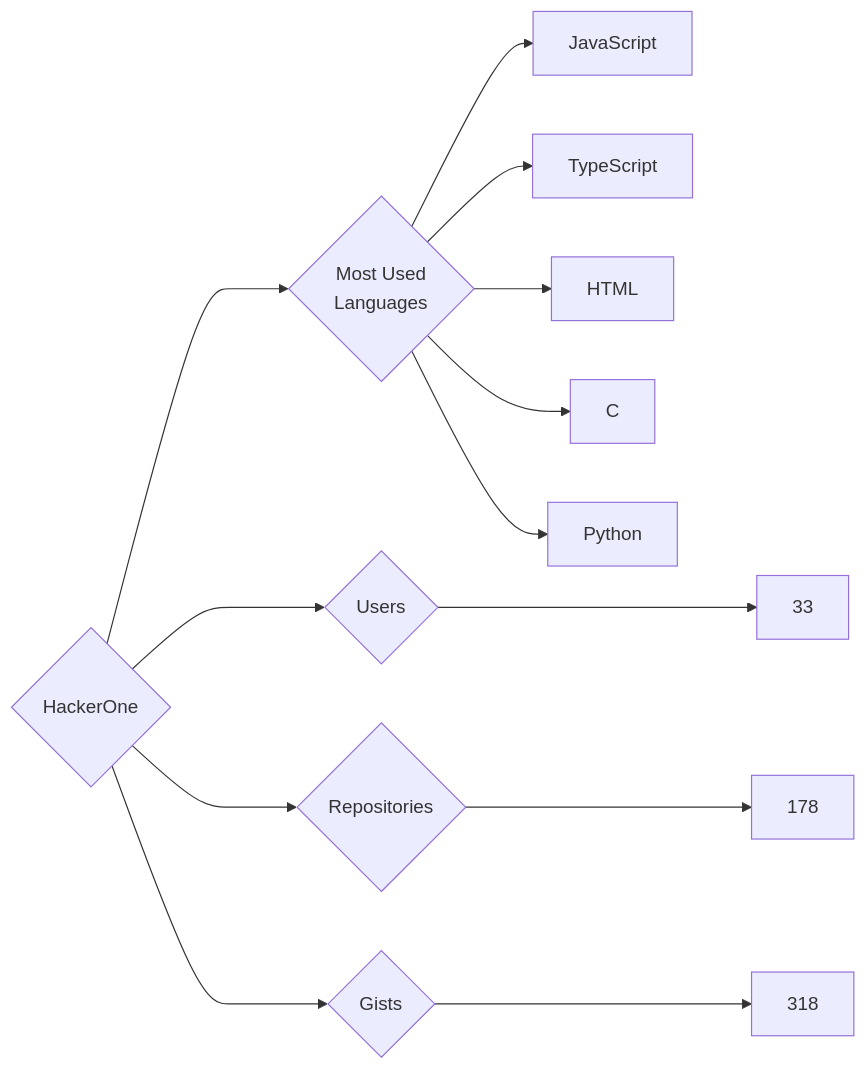
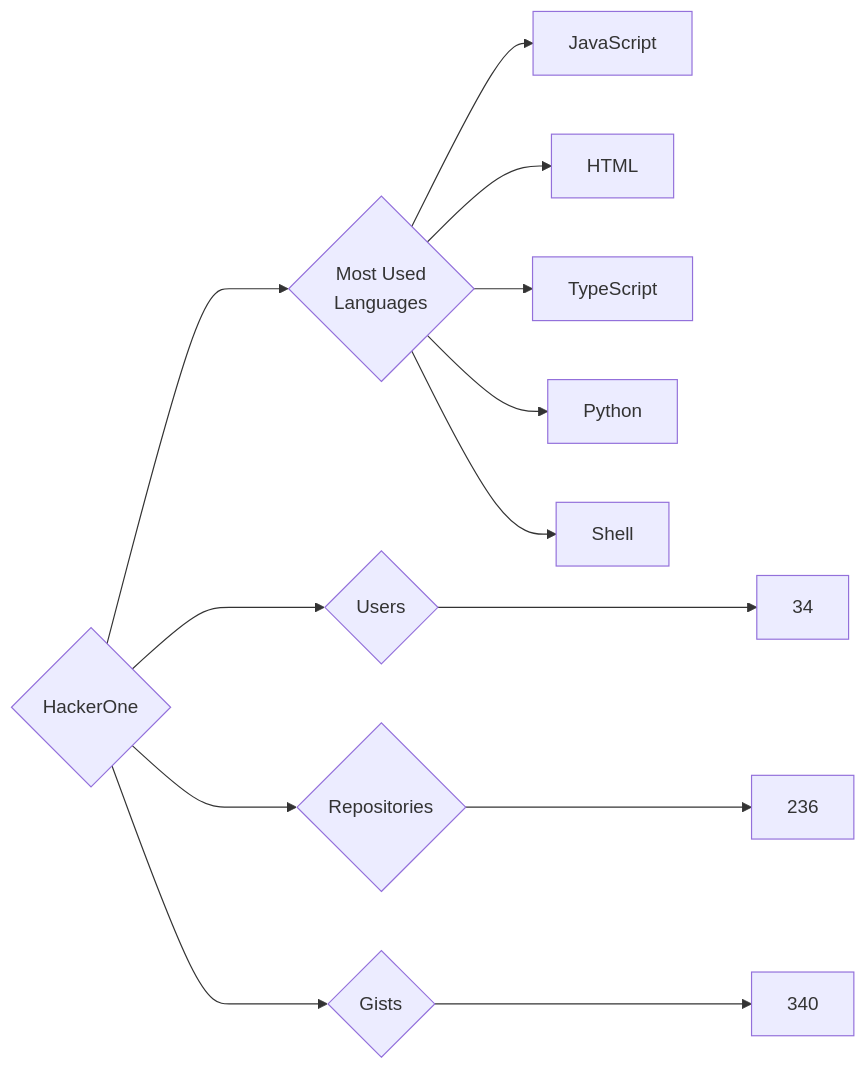
One commit to trickest/insiders changed the diagram in targets/HackerOne/README.md. Above: the diagram before and after it, drawn with Mermaid. The commit also changed 657 other files, not shown here.

````diff
--- a/targets/HackerOne/README.md
+++ b/targets/HackerOne/README.md
@@ -3,13 +3,13 @@
 ```mermaid
 graph LR
 COMPANY_NAME{HackerOne}
-COMPANY_NAME ---> U{Users} ---> UN[33]
-COMPANY_NAME ---> R{Repositories} ---> RN[178]
-COMPANY_NAME ---> G{Gists} ---> GN[318]
+COMPANY_NAME ---> U{Users} ---> UN[34]
+COMPANY_NAME ---> R{Repositories} ---> RN[236]
+COMPANY_NAME ---> G{Gists} ---> GN[340]
 COMPANY_NAME ---> ML{Most Used<br>Languages}
 ML --> JavaScript[JavaScript]
+ML --> HTML[HTML]
 ML --> TypeScript[TypeScript]
-ML --> HTML[HTML]
-ML --> C[C]
 ML --> Python[Python]
+ML --> Shell[Shell]
 ```
````
